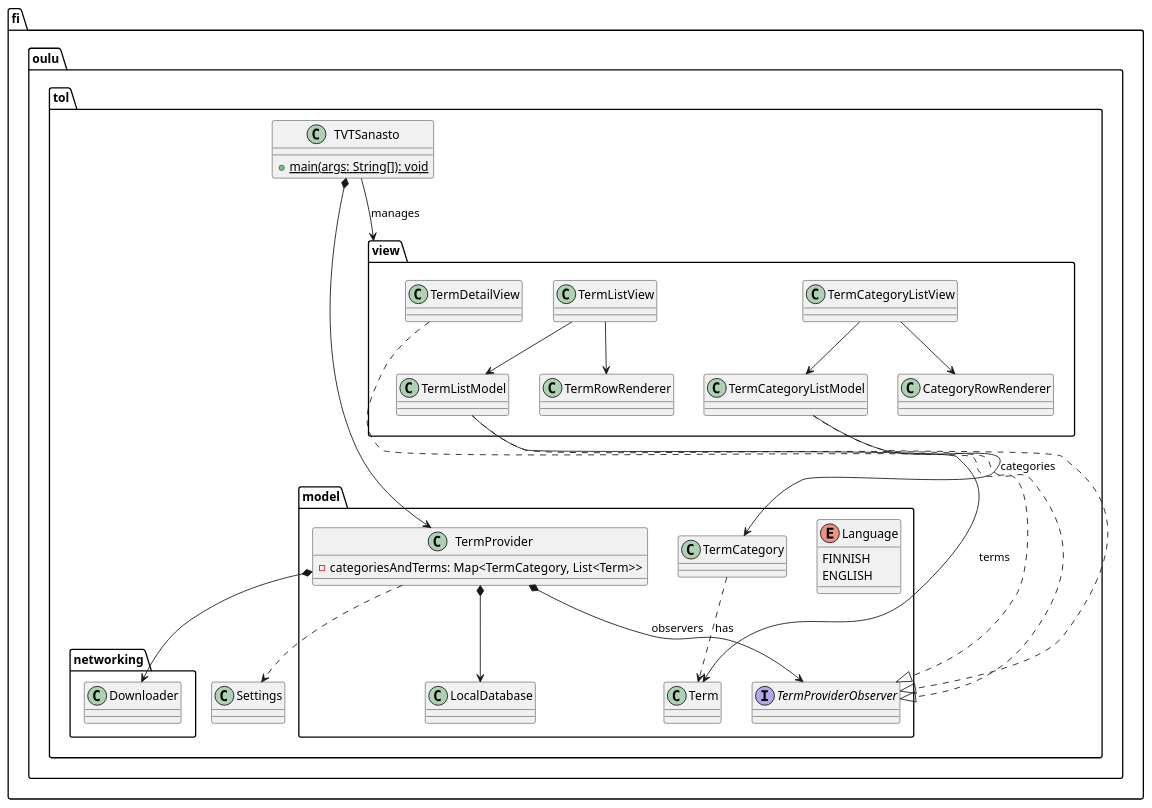
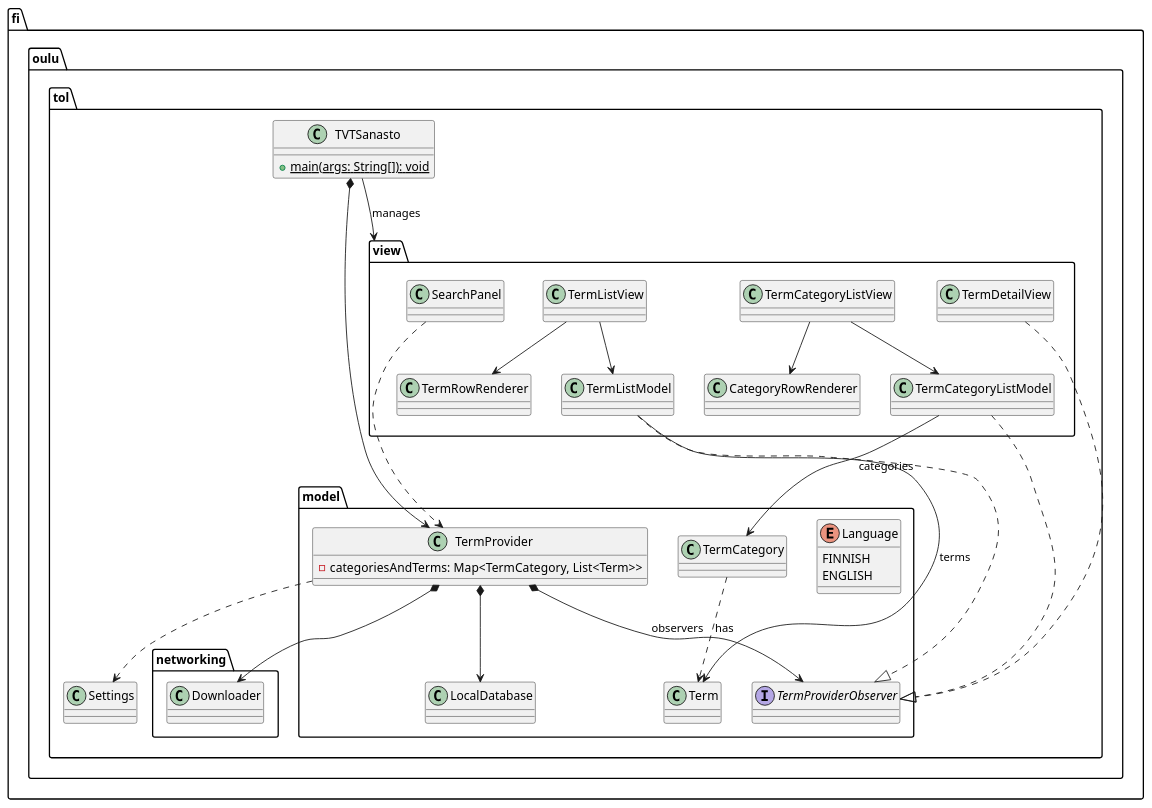
The diagram in structure.puml (anttijuu/TVTSanasto-Java), drawn with PlantUML before and after one commit. The commit also changed 4 other files, not shown here.

```diff
--- a/structure.puml
+++ b/structure.puml
@@ -1,54 +1,56 @@
 @startuml
 package fi.oulu.tol {
 	package fi.oulu.tol.model {
 
 		enum Language {
 			FINNISH
 			ENGLISH
 		}
 		class Term
 		class TermCategory
 		class LocalDatabase
 		class TermProvider {
 			-categoriesAndTerms: Map<TermCategory, List<Term>>
 		}
 		interface TermProviderObserver
 
 		TermProvider *--> LocalDatabase
 		TermProvider *--> TermProviderObserver: observers
 		TermCategory ..> Term : has
 	}
 
 	package fi.oulu.tol.networking {
 		class Downloader
 	}
 
 	TermProvider *--> Downloader
 
 	package fi.oulu.tol.view {
 		class TermCategoryListModel
 		class TermCategoryListView
 		class CategoryRowRenderer
 		class TermListModel
 		class TermListView
 		class TermDetailView
 		class TermRowRenderer
+		class SearchPanel
 		TermCategoryListView --> TermCategoryListModel
 		TermCategoryListView --> CategoryRowRenderer
 		TermListView --> TermListModel
 		TermListView --> TermRowRenderer
 	}
+	SearchPanel ..> TermProvider
 	TermCategoryListModel ..|> TermProviderObserver
 	TermListModel ..|> TermProviderObserver
 	TermDetailView ..|> TermProviderObserver
 	TermListModel --> Term: terms
 	TermCategoryListModel --> TermCategory: categories
 	class TVTSanasto {
 		+{static}main(args: String[]): void
 	}
 	class Settings
 	TVTSanasto *--> TermProvider
 	TVTSanasto --> fi.oulu.tol.view: manages
 	TermProvider ..> Settings
 }
 @enduml
```
